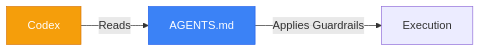
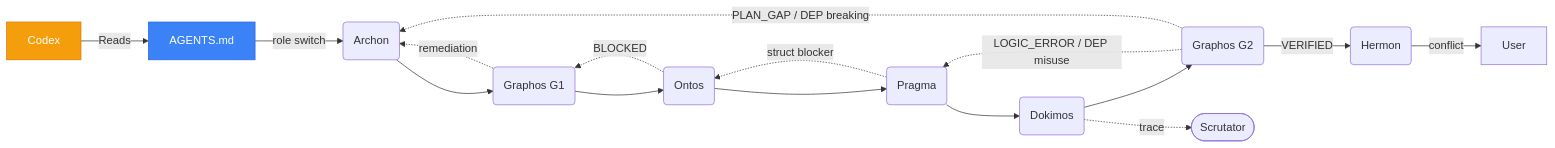
Before and after one commit to ancrz/pipeline-agentic: the diagram in codex/README.md, drawn with Mermaid. The commit also changed other lines of this file and 26 other files, not shown here.

````diff
--- a/codex/README.md
+++ b/codex/README.md
@@ -13,8 +13,20 @@
 ```mermaid
 flowchart LR
-    C[Codex] -->|Reads| A[AGENTS.md]
-    A -->|Applies Guardrails| E[Execution]
-    
+    C["Codex"] -->|"Reads"| M["AGENTS.md"]
+    M -->|"role switch"| A("Archon")
+    A --> G1("Graphos G1")
+    G1 --> O("Ontos")
+    O --> P("Pragma")
+    P --> D("Dokimos")
+    D --> G2("Graphos G2")
+    G2 -->|"VERIFIED"| H("Hermon")
+    O -.->|"BLOCKED"| G1
+    G1 -.->|"remediation"| A
+    P -.->|"struct blocker"| O
+    D -.->|"trace"| SC(["Scrutator"])
+    G2 -.->|"LOGIC_ERROR / DEP misuse"| P
+    G2 -.->|"PLAN_GAP / DEP breaking"| A
+    H -->|"conflict"| U["User"]
     style C fill:#F59E0B,stroke:#D97706,color:#fff
-    style A fill:#3B82F6,stroke:#2563EB,color:#fff
+    style M fill:#3B82F6,stroke:#2563EB,color:#fff
 ```
````
